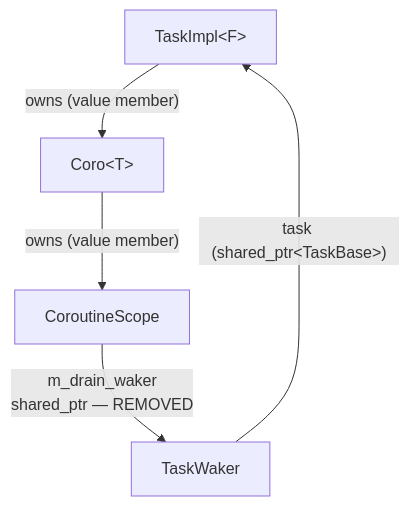
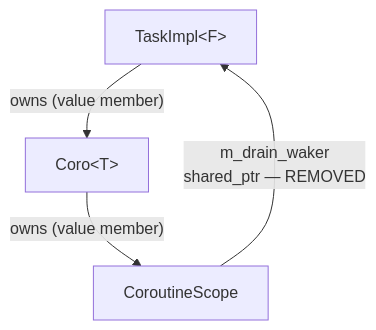
The first of 4 diagrams in doc/shared_ptr_cycles.md (bts164/coro), drawn with Mermaid before and after one commit. The commit also changed other lines of this file and 42 other files, not shown here.

Commit message:
Eliminated the TaskWaker and made the task itself the waker. Also added OwnedTask and use weak_ptrs to break the circular task references.

````diff
--- a/doc/shared_ptr_cycles.md
+++ b/doc/shared_ptr_cycles.md
@@ -80,7 +80,6 @@
 ```mermaid
 graph TD
     Task["TaskImpl&lt;F&gt;"] -->|"owns (value member)"| Coro["Coro&lt;T&gt;"]
     Coro -->|"owns (value member)"| Scope["CoroutineScope"]
-    Scope -->|"m_drain_waker\nshared_ptr — REMOVED"| TW["TaskWaker"]
-    TW -->|"task (shared_ptr&lt;TaskBase&gt;)"| Task
+    Scope -->|"m_drain_waker\nshared_ptr — REMOVED"| Task
 ```
````
